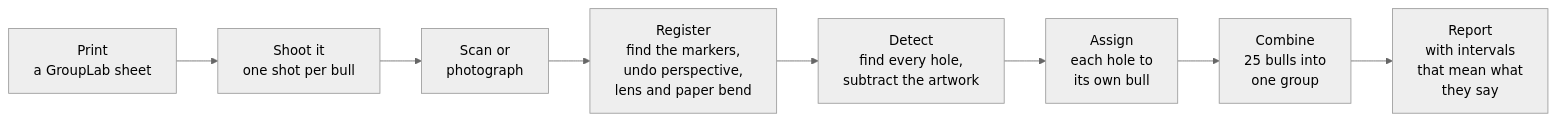
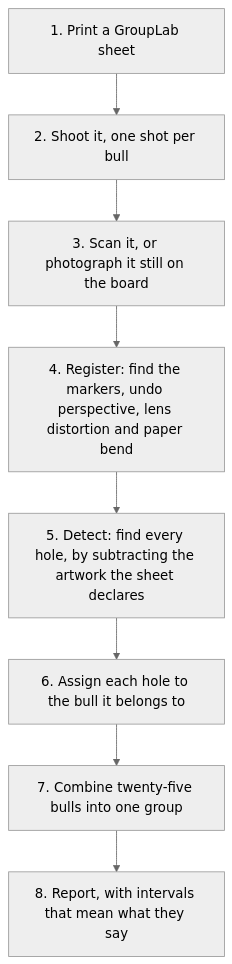
The first of 2 diagrams in README.md (oRAirwolf/grouplab), drawn with Mermaid (neutral theme) before and after one commit. The commit also changed other lines of this file, not shown here.

Commit message:
Make both README diagrams legible at normal column width

````diff
--- a/README.md
+++ b/README.md
@@ -25,10 +25,12 @@
 ```mermaid
-flowchart LR
-    A["Print<br/>a GroupLab sheet"] --> B["Shoot it<br/>one shot per bull"]
-    B --> C["Scan or<br/>photograph"]
-    C --> D["Register<br/>find the markers,<br/>undo perspective,<br/>lens and paper bend"]
-    D --> E["Detect<br/>find every hole,<br/>subtract the artwork"]
-    E --> F["Assign<br/>each hole to<br/>its own bull"]
-    F --> G["Combine<br/>25 bulls into<br/>one group"]
-    G --> H["Report<br/>with intervals<br/>that mean what<br/>they say"]
+flowchart TB
+    A["1. Print a GroupLab sheet"]
+    B["2. Shoot it, one shot per bull"]
+    C["3. Scan it, or photograph it still on the board"]
+    D["4. Register: find the markers, undo perspective, lens distortion and paper bend"]
+    E["5. Detect: find every hole, by subtracting the artwork the sheet declares"]
+    F["6. Assign each hole to the bull it belongs to"]
+    G["7. Combine twenty-five bulls into one group"]
+    H["8. Report, with intervals that mean what they say"]
+    A --> B --> C --> D --> E --> F --> G --> H
 ```
````
